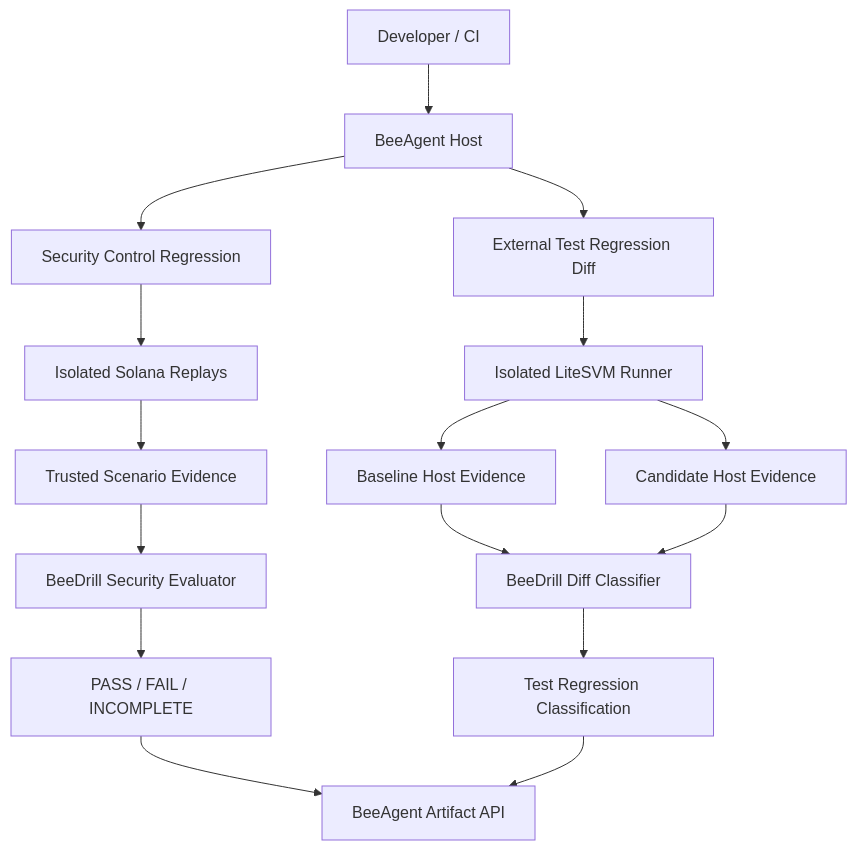
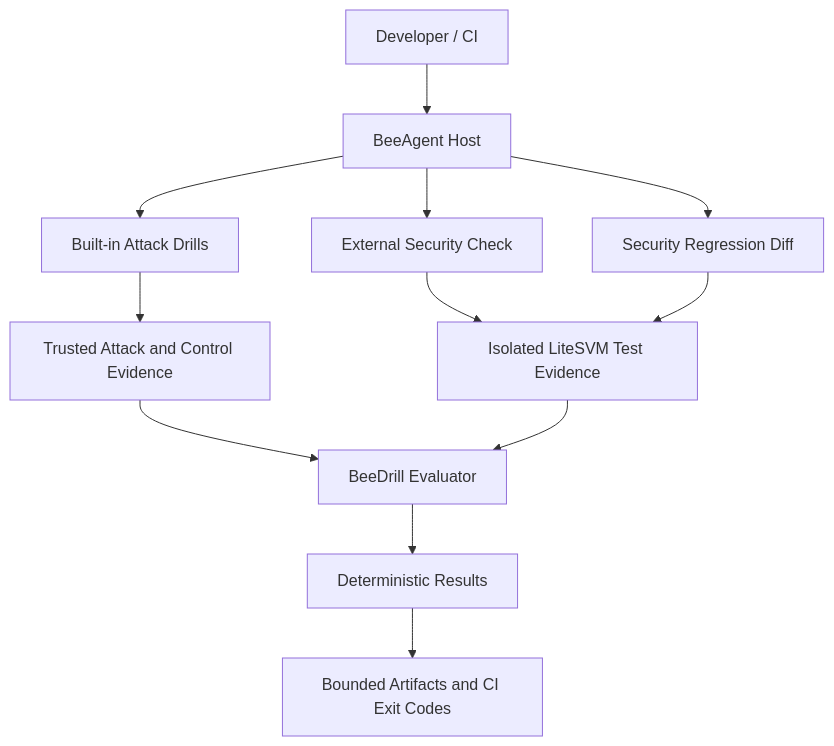
Before and after one commit to beesyst/beedrill: the diagram in README.md, drawn with Mermaid. The commit also changed other lines of this file, not shown here.

````diff
--- a/README.md
+++ b/README.md
@@ -559,24 +183,14 @@
 ```mermaid
 flowchart TD
-    DEV["Developer / CI"]
-    HOST["BeeAgent Host"]
-
-    DEV --> HOST
-    HOST --> CHECK["Security Control Regression"]
-    HOST --> DIFF["External Test Regression Diff"]
-
-    CHECK --> SOL["Isolated Solana Replays"]
-    SOL --> OBS["Trusted Scenario Evidence"]
-    OBS --> EVAL["BeeDrill Security Evaluator"]
-    EVAL --> VERDICT["PASS / FAIL / INCOMPLETE"]
-
-    DIFF --> RUNNER["Isolated LiteSVM Runner"]
-    RUNNER --> BASE["Baseline Host Evidence"]
-    RUNNER --> CAND["Candidate Host Evidence"]
-    BASE --> CLASS["BeeDrill Diff Classifier"]
-    CAND --> CLASS
-    CLASS --> RESULT["Test Regression Classification"]
-
-    VERDICT --> ART["BeeAgent Artifact API"]
-    RESULT --> ART
+    DEV["Developer / CI"] --> HOST["BeeAgent Host"]
+    HOST --> A["Built-in Attack Drills"]
+    HOST --> B["External Security Check"]
+    HOST --> C["Security Regression Diff"]
+    A --> D["Trusted Attack and Control Evidence"]
+    B --> E["Isolated LiteSVM Test Evidence"]
+    C --> E
+    D --> F["BeeDrill Evaluator"]
+    E --> F
+    F --> G["Deterministic Results"]
+    G --> H["Bounded Artifacts and CI Exit Codes"]
 ```
````
